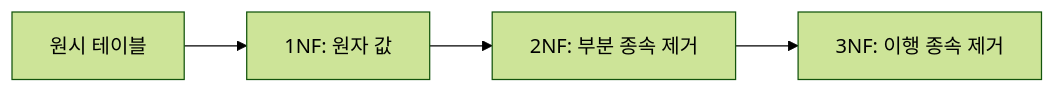
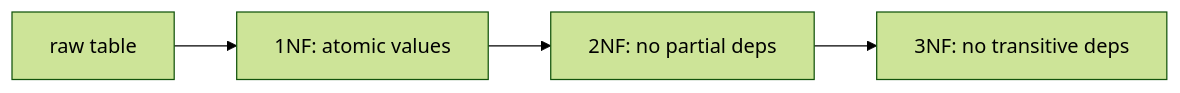
Before and after one commit to yeongseon-books/book-content: the diagram in content/database-systems-101/ko/07-normalization-and-modeling.md, drawn with Mermaid (forest theme). The commit also changed other lines of this file and 9 other files, not shown here.

````diff
--- a/content/database-systems-101/ko/07-normalization-and-modeling.md
+++ b/content/database-systems-101/ko/07-normalization-and-modeling.md
@@ -36,6 +56,6 @@
 ```mermaid
 flowchart LR
-    A["원시 테이블"] --> B["1NF: 원자 값"]
-    B --> C["2NF: 부분 종속 제거"]
-    C --> D["3NF: 이행 종속 제거"]
+    A["raw table"] --> B["1NF: atomic values"]
+    B --> C["2NF: no partial deps"]
+    C --> D["3NF: no transitive deps"]
 ```
````
